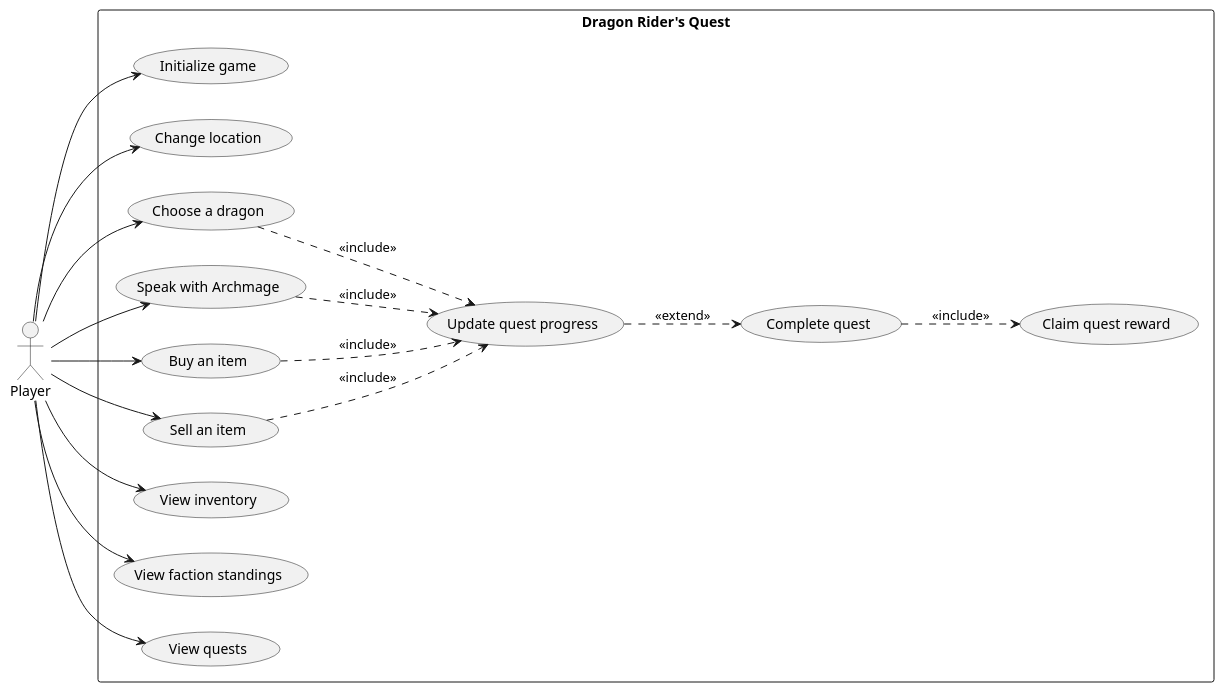
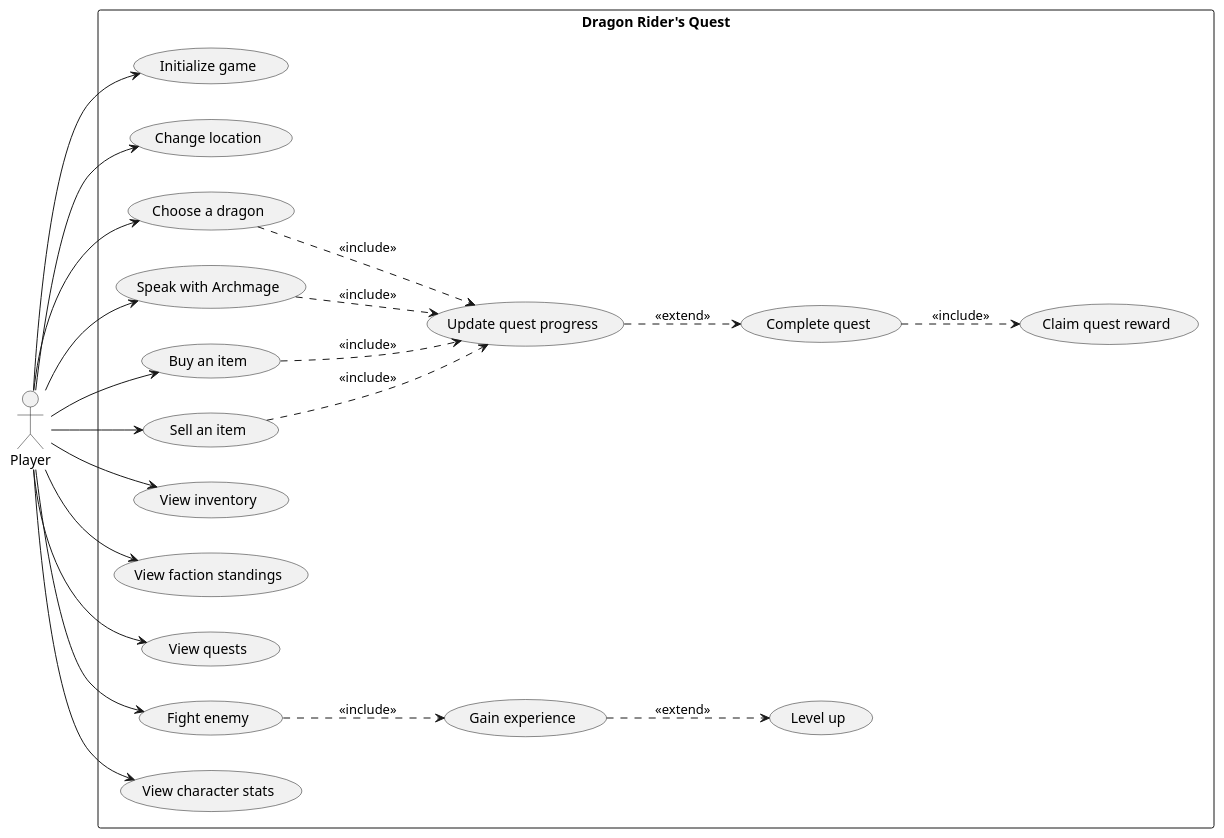
Before and after one commit to thoracle/ProtoVenture_mk2: the diagram in uml/use_cases.puml, drawn with PlantUML.

Commit message:
Added combat
These updated diagrams now include the new features we've added:

1. In the class diagram:
   - The `GameState` class now includes attributes for level, exp, max_hp, current_hp, attack, and defense.
   - New methods like `gain_exp()`, `exp_to_next_level()`, and `level_up()` are added to `GameState`.
   - The `Enemy` class is introduced to represent enemies in combat.

2. In the use case diagram:
   - New use cases are added: "Fight enemy", "Gain experience", "Level up", and "View character stats".
   - The "Fight enemy" use case includes "Gain experience".
   - "Gain experience" can extend to "Level up" when enough exp is accumulated.

```diff
--- a/uml/use_cases.puml
+++ b/uml/use_cases.puml
@@ -1,35 +1,43 @@
 @startuml
 left to right direction
 actor Player
 
 rectangle "Dragon Rider's Quest" {
   usecase "Initialize game" as UC1
   usecase "Change location" as UC2
   usecase "Choose a dragon" as UC3
   usecase "Speak with Archmage" as UC4
   usecase "Buy an item" as UC5
   usecase "Sell an item" as UC6
   usecase "View inventory" as UC7
   usecase "View faction standings" as UC8
   usecase "View quests" as UC9
   usecase "Update quest progress" as UC10
   usecase "Complete quest" as UC11
   usecase "Claim quest reward" as UC12
+  usecase "Fight enemy" as UC13
+  usecase "Gain experience" as UC14
+  usecase "Level up" as UC15
+  usecase "View character stats" as UC16
 }
 
 Player --> UC1
 Player --> UC2
 Player --> UC3
 Player --> UC4
 Player --> UC5
 Player --> UC6
 Player --> UC7
 Player --> UC8
 Player --> UC9
+Player --> UC13
+Player --> UC16
 UC5 ..> UC10 : <<include>>
 UC6 ..> UC10 : <<include>>
 UC3 ..> UC10 : <<include>>
 UC4 ..> UC10 : <<include>>
 UC10 ..> UC11 : <<extend>>
 UC11 ..> UC12 : <<include>>
+UC13 ..> UC14 : <<include>>
+UC14 ..> UC15 : <<extend>>
 @enduml
```
